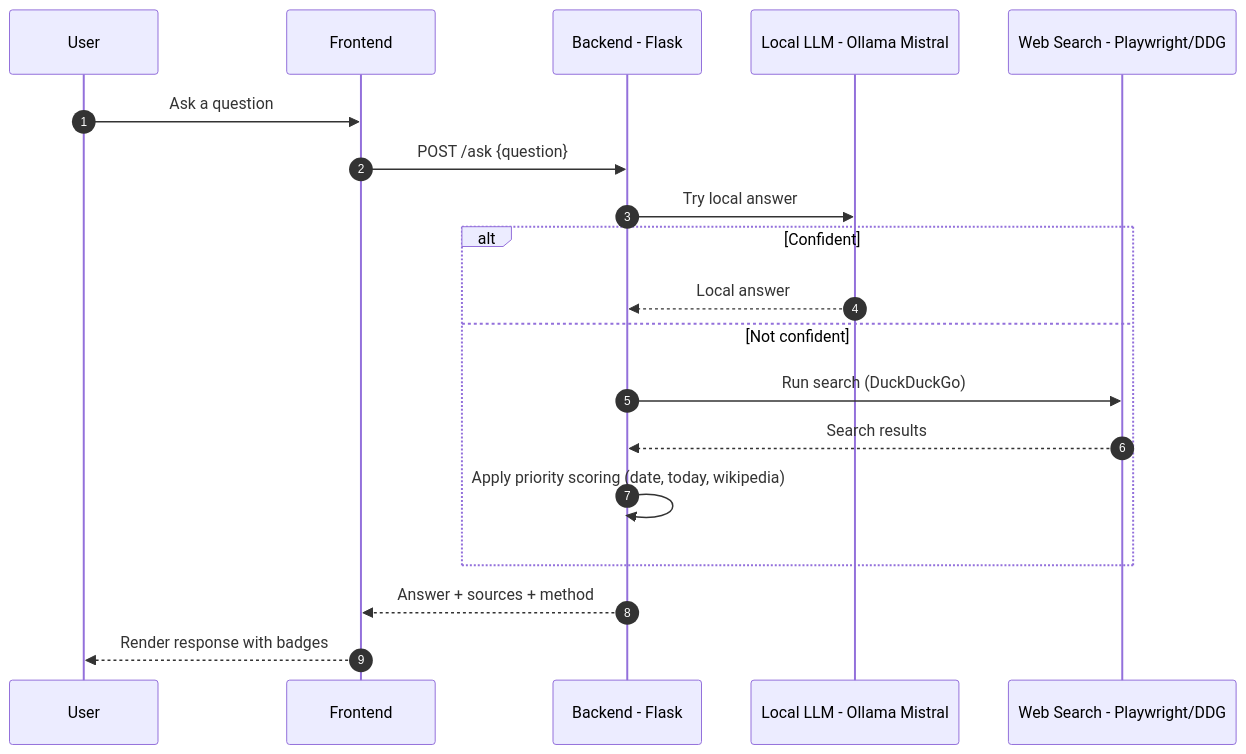
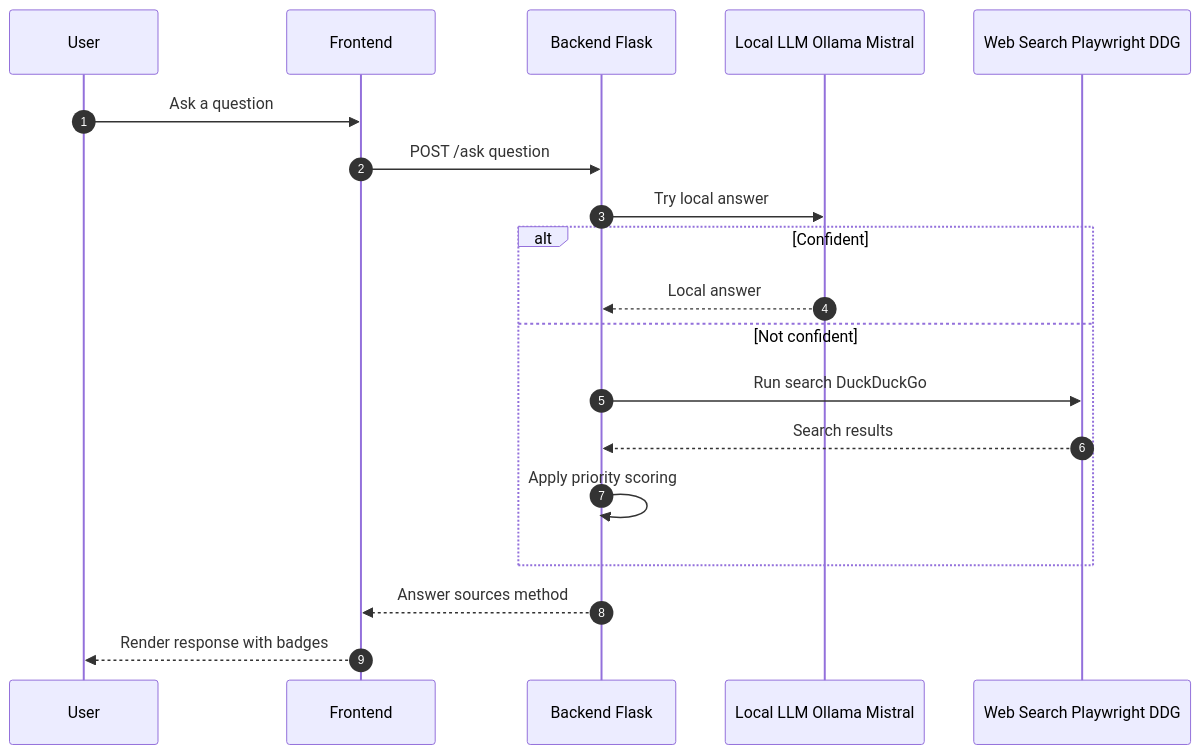
The second of 3 diagrams in README.md (AshmitThakur23/Local-AI-Web-Navigator), drawn with Mermaid before and after one commit. The commit also changed other lines of this file and 15 other files, not shown here.

Commit message:
Fix Mermaid diagrams, remove redundant docs and launchers, update .gitignore

````diff
--- a/README.md
+++ b/README.md
@@ -136,22 +137,22 @@
 ```mermaid
 sequenceDiagram
   autonumber
   participant U as User
   participant FE as Frontend
-  participant BE as Backend - Flask
-  participant LL as Local LLM - Ollama Mistral
-  participant WS as Web Search - Playwright/DDG
+  participant BE as Backend Flask
+  participant LL as Local LLM Ollama Mistral
+  participant WS as Web Search Playwright DDG
 
   U->>FE: Ask a question
-  FE->>BE: POST /ask {question}
+  FE->>BE: POST /ask question
   BE->>LL: Try local answer
   alt Confident
     LL-->>BE: Local answer
   else Not confident
-    BE->>WS: Run search (DuckDuckGo)
+    BE->>WS: Run search DuckDuckGo
     WS-->>BE: Search results
-    BE->>BE: Apply priority scoring (date, today, wikipedia)
+    BE->>BE: Apply priority scoring
   end
-  BE-->>FE: Answer + sources + method
+  BE-->>FE: Answer sources method
   FE-->>U: Render response with badges
 ```
````
